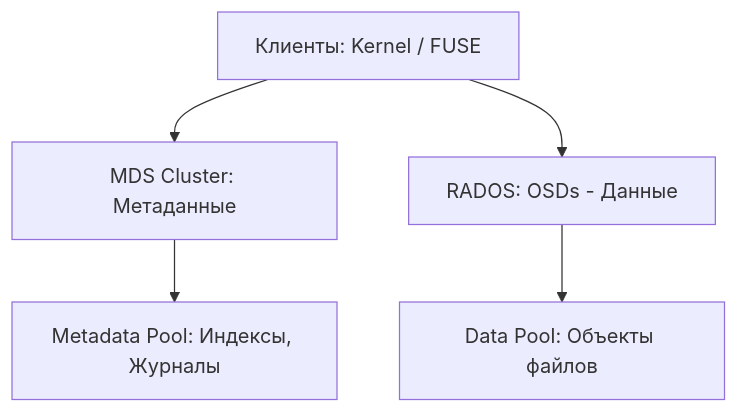
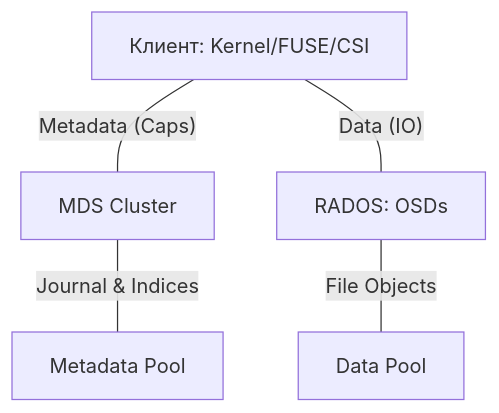
Before and after one commit to 37signalsS/notes: the diagram in Kubernetes/Storage/Ceph/cephfs_setup_and_usage/definitions_and_concepts.md, drawn with Mermaid. The commit also changed other lines of this file and 770 other files, not shown here.

````diff
--- a/Kubernetes/Storage/Ceph/cephfs_setup_and_usage/definitions_and_concepts.md
+++ b/Kubernetes/Storage/Ceph/cephfs_setup_and_usage/definitions_and_concepts.md
@@ -28,7 +27,7 @@
 ```mermaid
 graph TD
-    Client[Клиенты: Kernel / FUSE] --> MDS[MDS Cluster: Метаданные]
-    Client --> OSD[RADOS: OSDs - Данные]
-    MDS --> MP[Metadata Pool: Индексы, Журналы]
-    OSD --> DP[Data Pool: Объекты файлов]
+    Client[Клиент: Kernel/FUSE/CSI] -- "Metadata (Caps)" --- MDS[MDS Cluster]
+    Client -- "Data (IO)" --- OSD[RADOS: OSDs]
+    MDS -- "Journal & Indices" --- MP[Metadata Pool]
+    OSD -- "File Objects" --- DP[Data Pool]
 ```
````
